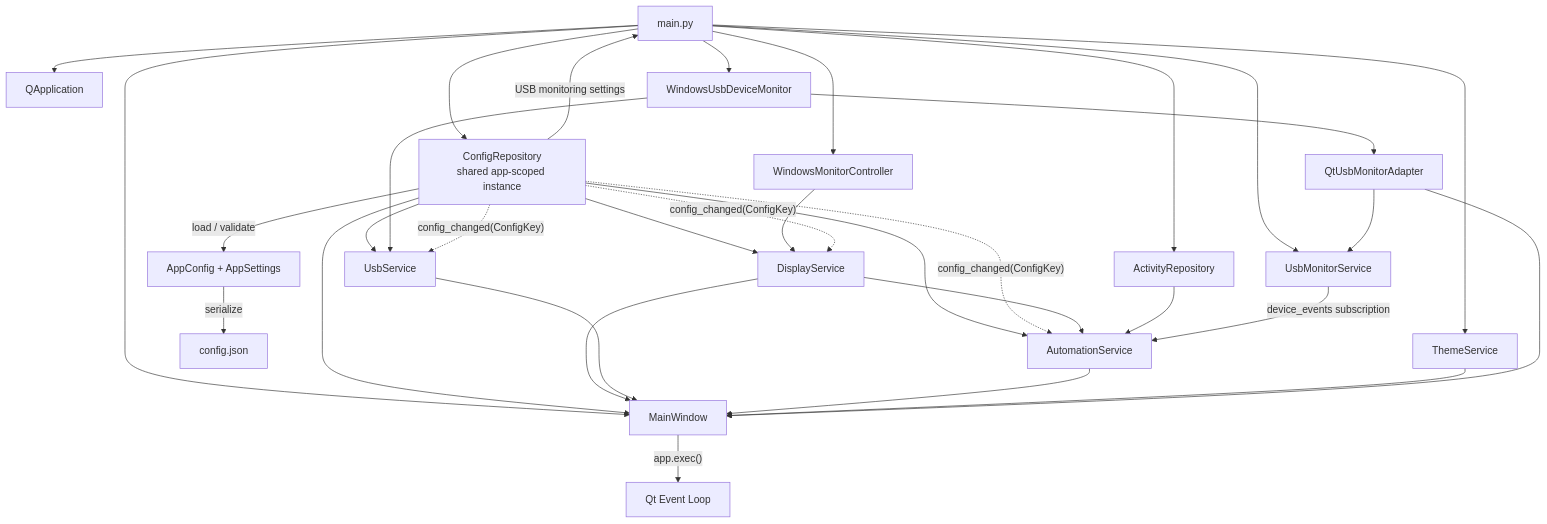
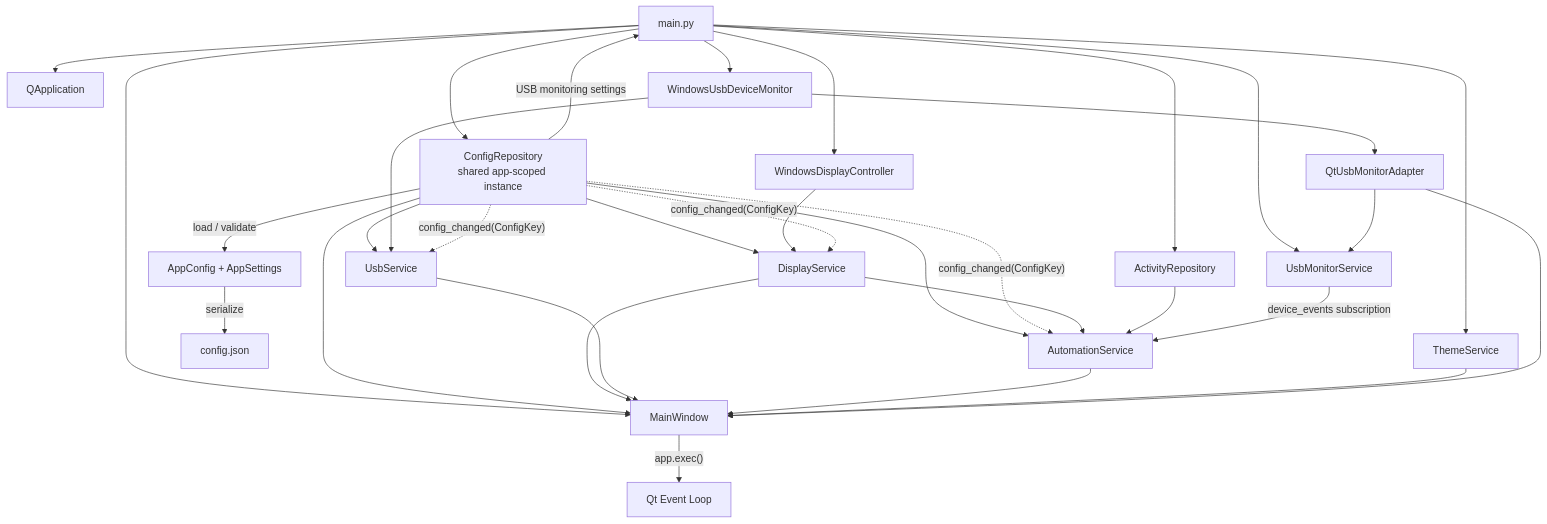
Before and after one commit to Gayoon1234/monitor-switcher: the second of 4 diagrams in docs/technical-implementation.md, drawn with Mermaid. The commit also changed other lines of this file and 13 other files, not shown here.

Commit message:
fix(): update all references to use display instead of monitor to avoid confusion with the components that monitor hardware.

````diff
--- a/docs/technical-implementation.md
+++ b/docs/technical-implementation.md
@@ -93,39 +93,39 @@
 ```mermaid
 flowchart TD
     Entry["main.py"] --> QApplication["QApplication"]
     Entry --> Theme["ThemeService"]
-    Entry --> Monitor["WindowsMonitorController"]
+    Entry --> DisplayHardware["WindowsDisplayController"]
     Entry --> UsbHardware["WindowsUsbDeviceMonitor"]
     Entry --> Config["ConfigRepository<br/>shared app-scoped instance"]
 
     Config -->|"load / validate"| AppConfig["AppConfig + AppSettings"]
     AppConfig -->|"serialize"| ConfigFile["config.json"]
     Config --> Display["DisplayService"]
-    Monitor --> Display
+    DisplayHardware --> Display
 
     Config --> Usb["UsbService"]
     UsbHardware --> Usb
 
     Entry --> Activity["ActivityRepository"]
     Config --> Automation["AutomationService"]
     Config -.->|"config_changed(ConfigKey)"| Display
     Config -.->|"config_changed(ConfigKey)"| Usb
     Config -.->|"config_changed(ConfigKey)"| Automation
     Display --> Automation
     Activity --> Automation
     Config -->|"USB monitoring settings"| Entry
 
     UsbHardware --> QtUsb["QtUsbMonitorAdapter"]
     Entry --> MonitorService["UsbMonitorService"]
     MonitorService -->|"device_events subscription"| Automation
     QtUsb --> MonitorService
 
     Entry --> Window["MainWindow"]
     Config --> Window
     Display --> Window
     Usb --> Window
     Automation --> Window
     Theme --> Window
     QtUsb --> Window
     Window -->|"app.exec()"| Running["Qt Event Loop"]
 ```
````
